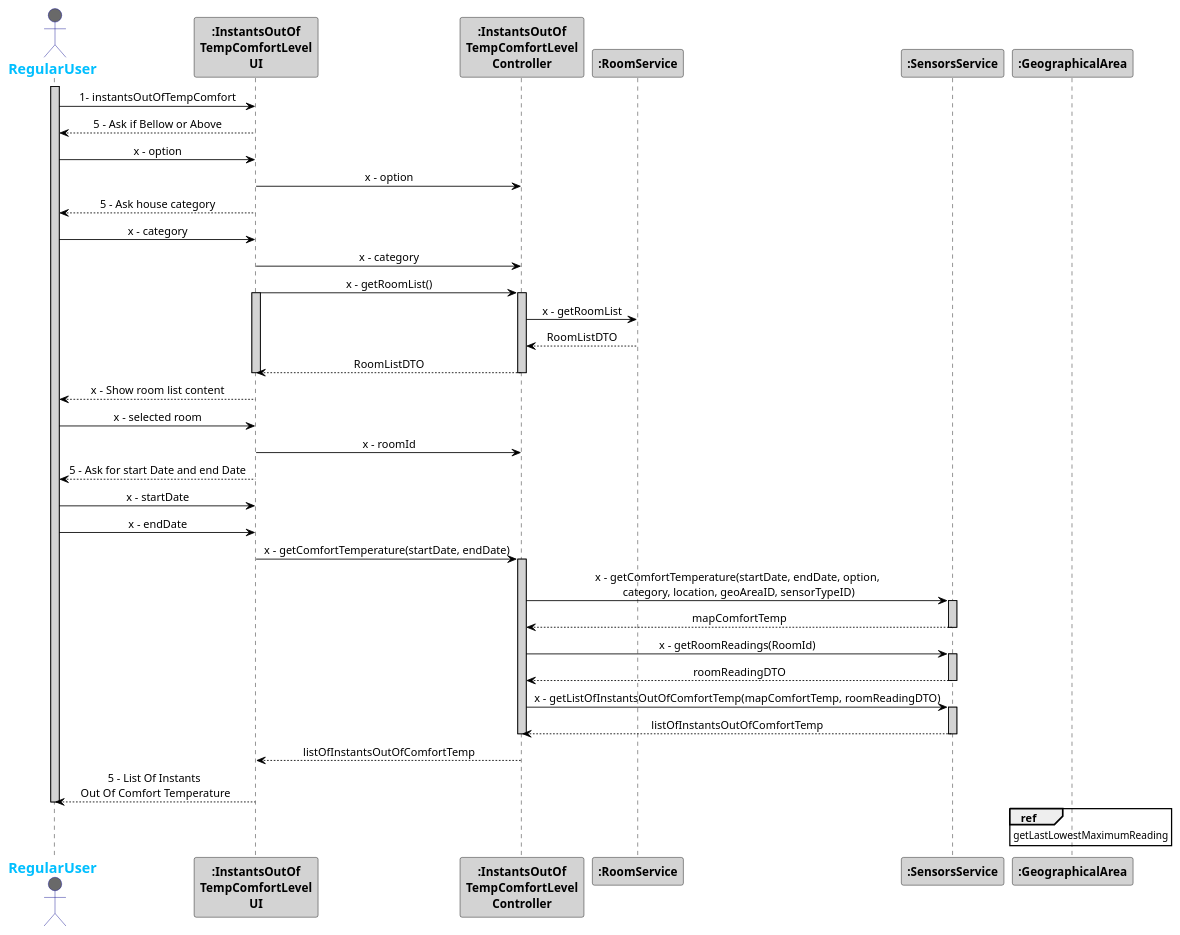
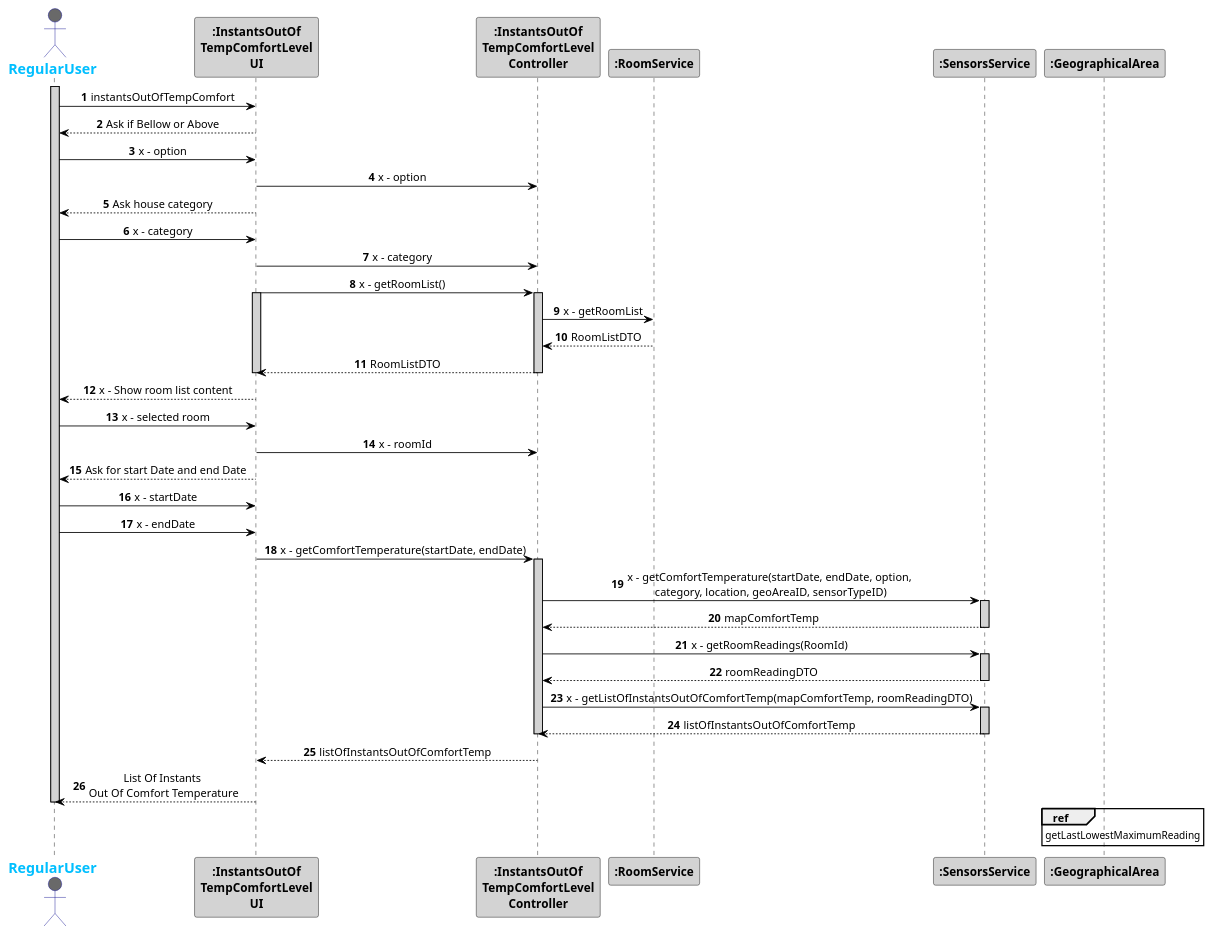
One commit to 1181687/hateoasToy changed the diagram in src/main/java/pt/ipp/isep/dei/project/controllers/instantstempoutofcomfortlevelcontroller/SD_InstantsTempOutOfComfortLevel.puml. Above: the diagram before and after it, drawn with PlantUML. The commit also changed 2 other files, not shown here.

```diff
--- a/src/main/java/pt/ipp/isep/dei/project/controllers/instantstempoutofcomfortlevelcontroller/SD_InstantsTempOutOfComfortLevel.puml
+++ b/src/main/java/pt/ipp/isep/dei/project/controllers/instantstempoutofcomfortlevelcontroller/SD_InstantsTempOutOfComfortLevel.puml
@@ -1,76 +1,68 @@
 @startuml
 skinparam sequenceMessageAlign center
 skinparam sequence {
     ArrowColor Black
     ActorBorderColor DarkBlue
     LifeLineBorderColor black
     LifeLineBackgroundColor LightGrey
 
     ParticipantBorderColor Black
     ParticipantBackgroundColor LightGrey
     ParticipantFontStyle Bold
 
     ActorBackgroundColor DimGrey
     ActorFontColor DeepSkyBlue
     ActorFontStyle Bold
     ActorFontSize 17
     ActorFontName Aapex
 }
 
+autonumber
 
 actor RegularUser
 activate RegularUser
-RegularUser -> ":InstantsOutOf\nTempComfortLevel\nUI": 1- instantsOutOfTempComfort
-":InstantsOutOf\nTempComfortLevel\nUI" --> RegularUser: 5 - Ask if Bellow or Above
+RegularUser -> ":InstantsOutOf\nTempComfortLevel\nUI": instantsOutOfTempComfort
+":InstantsOutOf\nTempComfortLevel\nUI" --> RegularUser: Ask if Bellow or Above
 RegularUser -> ":InstantsOutOf\nTempComfortLevel\nUI": x - option
 ":InstantsOutOf\nTempComfortLevel\nUI" -> ":InstantsOutOf\nTempComfortLevel\nController" : x - option
-":InstantsOutOf\nTempComfortLevel\nUI" --> RegularUser: 5 - Ask house category
+":InstantsOutOf\nTempComfortLevel\nUI" --> RegularUser: Ask house category
 RegularUser -> ":InstantsOutOf\nTempComfortLevel\nUI": x - category
 ":InstantsOutOf\nTempComfortLevel\nUI" -> ":InstantsOutOf\nTempComfortLevel\nController" : x - category
 ":InstantsOutOf\nTempComfortLevel\nUI" -> ":InstantsOutOf\nTempComfortLevel\nController" : x - getRoomList()
 activate ":InstantsOutOf\nTempComfortLevel\nUI"
 activate ":InstantsOutOf\nTempComfortLevel\nController"
 ":InstantsOutOf\nTempComfortLevel\nController" -> ":RoomService": x - getRoomList
 ":RoomService" --> ":InstantsOutOf\nTempComfortLevel\nController": RoomListDTO
 ":InstantsOutOf\nTempComfortLevel\nController" --> ":InstantsOutOf\nTempComfortLevel\nUI" : RoomListDTO
 deactivate ":InstantsOutOf\nTempComfortLevel\nController"
 deactivate ":InstantsOutOf\nTempComfortLevel\nUI"
 ":InstantsOutOf\nTempComfortLevel\nUI" --> RegularUser: x - Show room list content
 RegularUser -> ":InstantsOutOf\nTempComfortLevel\nUI": x - selected room
 ":InstantsOutOf\nTempComfortLevel\nUI" -> ":InstantsOutOf\nTempComfortLevel\nController" : x - roomId
-":InstantsOutOf\nTempComfortLevel\nUI" --> RegularUser: 5 - Ask for start Date and end Date
+":InstantsOutOf\nTempComfortLevel\nUI" --> RegularUser: Ask for start Date and end Date
 RegularUser -> ":InstantsOutOf\nTempComfortLevel\nUI": x - startDate
 RegularUser -> ":InstantsOutOf\nTempComfortLevel\nUI": x - endDate
 ":InstantsOutOf\nTempComfortLevel\nUI" -> ":InstantsOutOf\nTempComfortLevel\nController" : x - getComfortTemperature(startDate, endDate)
 activate ":InstantsOutOf\nTempComfortLevel\nController"
 ":InstantsOutOf\nTempComfortLevel\nController" -> ":SensorsService": x - getComfortTemperature(startDate, endDate, option,\n category, location, geoAreaID, sensorTypeID)
 activate ":SensorsService"
 ":SensorsService" --> ":InstantsOutOf\nTempComfortLevel\nController" : mapComfortTemp
 deactivate ":SensorsService"
 ":InstantsOutOf\nTempComfortLevel\nController" -> ":SensorsService": x - getRoomReadings(RoomId)
 activate ":SensorsService"
 ":SensorsService" --> ":InstantsOutOf\nTempComfortLevel\nController" : roomReadingDTO
 deactivate ":SensorsService"
 ":InstantsOutOf\nTempComfortLevel\nController" -> ":SensorsService": x - getListOfInstantsOutOfComfortTemp(mapComfortTemp, roomReadingDTO)
 activate ":SensorsService"
 ":SensorsService" --> ":InstantsOutOf\nTempComfortLevel\nController" : listOfInstantsOutOfComfortTemp
 deactivate ":SensorsService"
 deactivate ":InstantsOutOf\nTempComfortLevel\nController"
 ":InstantsOutOf\nTempComfortLevel\nController" --> ":InstantsOutOf\nTempComfortLevel\nUI" : listOfInstantsOutOfComfortTemp
-":InstantsOutOf\nTempComfortLevel\nUI" --> RegularUser: 5 - List Of Instants \nOut Of Comfort Temperature
+":InstantsOutOf\nTempComfortLevel\nUI" --> RegularUser: List Of Instants \nOut Of Comfort Temperature
 deactivate RegularUser
-
-
-
-
-
-
-
-
-
 
 ref over ":GeographicalArea"
 getLastLowestMaximumReading
 end
 
 @enduml
```
